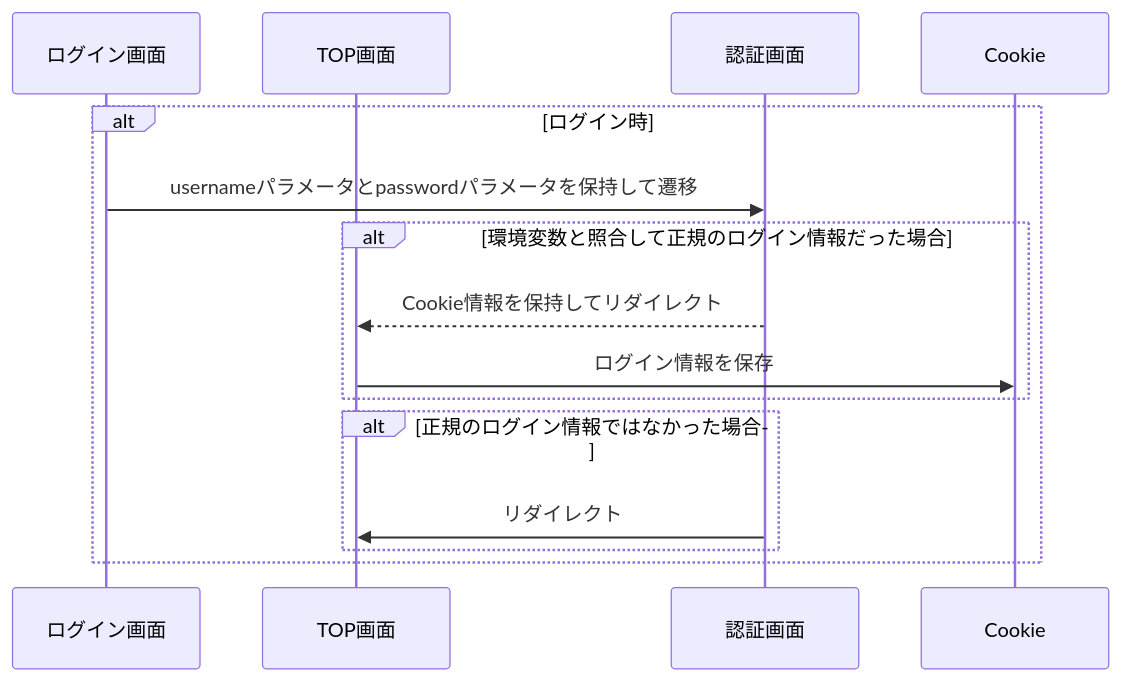
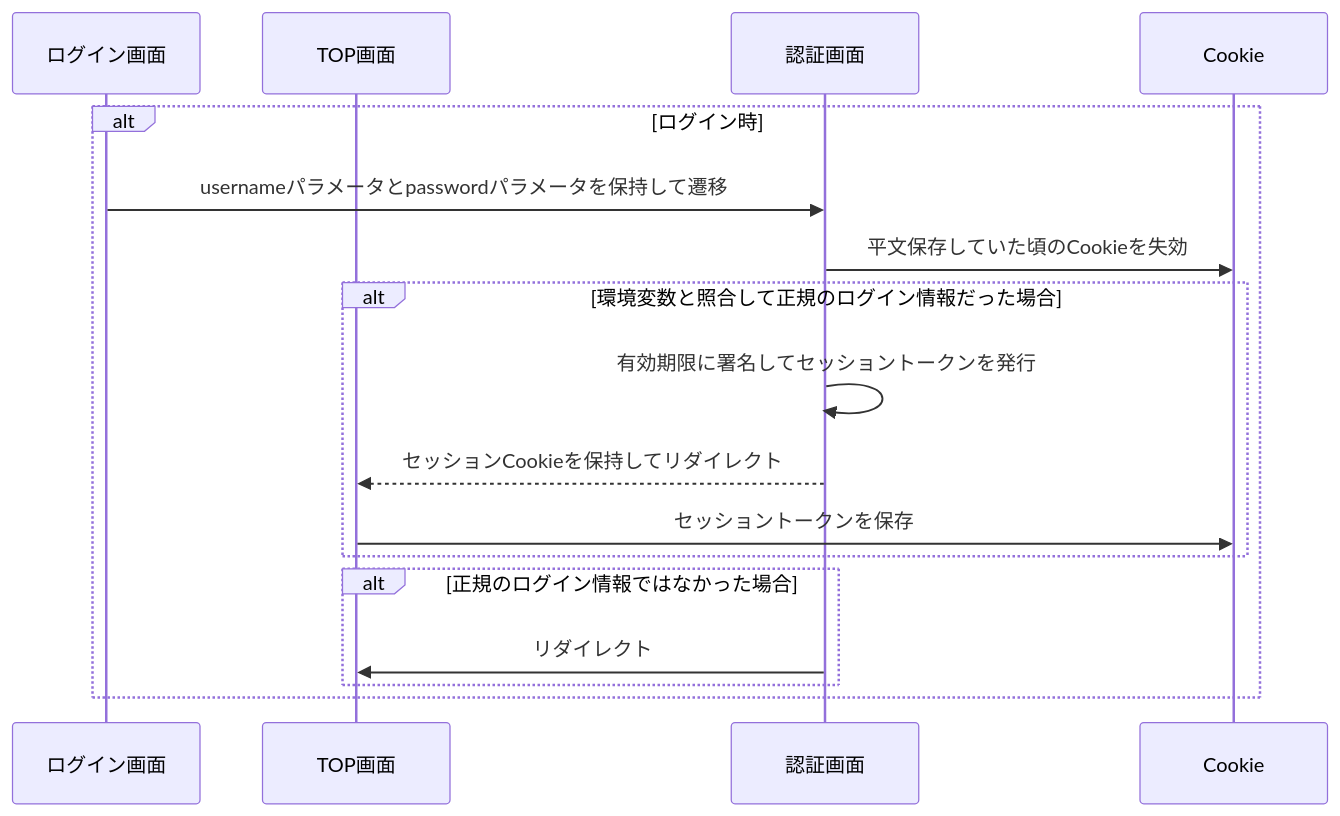
One commit to windchime-yk/cinelog changed the fifth of 6 diagrams in README.md. Above: the diagram before and after it, drawn with Mermaid. The commit also changed other lines of this file and 9 other files, not shown here.

````diff
--- a/README.md
+++ b/README.md
@@ -79,18 +87,20 @@
 ```mermaid
 sequenceDiagram
   participant loginpage as ログイン画面
   participant toppage as TOP画面
   participant redirect as 認証画面
   participant cookie as Cookie
 
   alt ログイン時
     loginpage ->> redirect : usernameパラメータとpasswordパラメータを保持して遷移
+    redirect ->> cookie : 平文保存していた頃のCookieを失効
     alt 環境変数と照合して正規のログイン情報だった場合
-      redirect -->> toppage : Cookie情報を保持してリダイレクト
-      toppage ->> cookie : ログイン情報を保存
+      redirect ->> redirect : 有効期限に署名してセッショントークンを発行
+      redirect -->> toppage : セッションCookieを保持してリダイレクト
+      toppage ->> cookie : セッショントークンを保存
     end
     alt 正規のログイン情報ではなかった場合 
       redirect ->> toppage : リダイレクト
     end
   end
 ```
````
